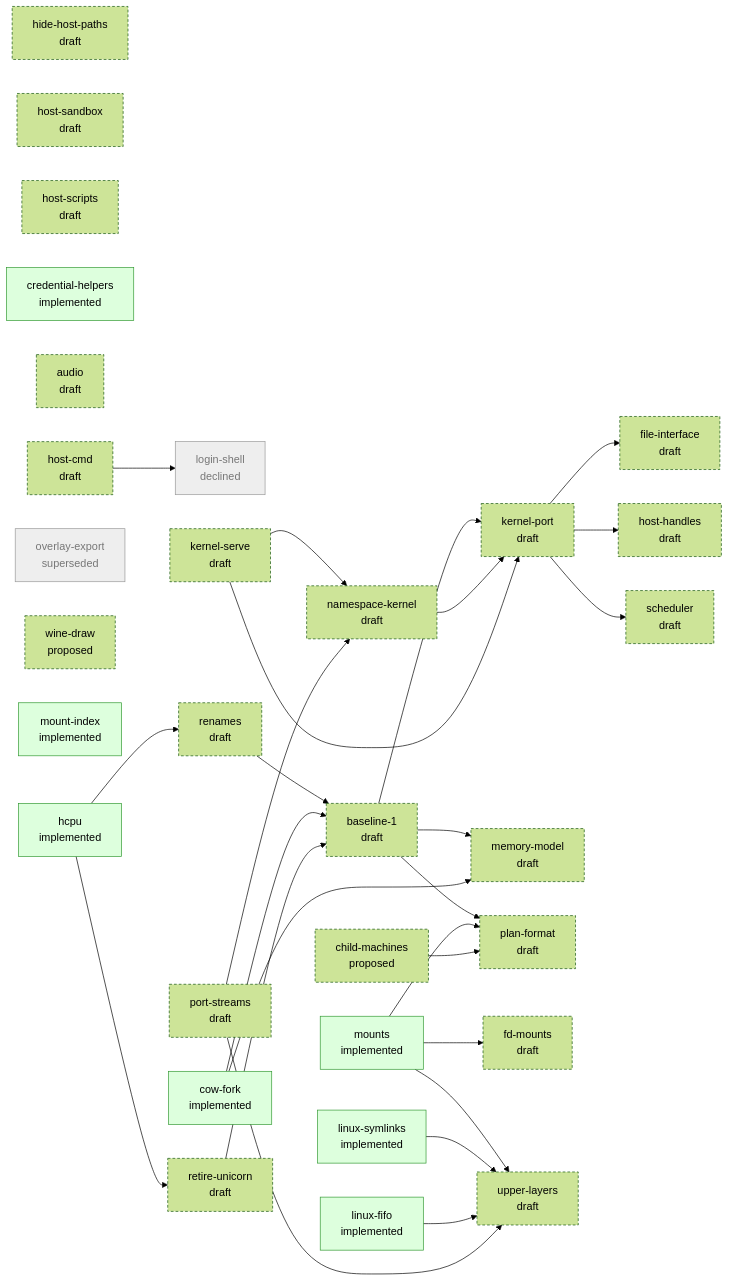
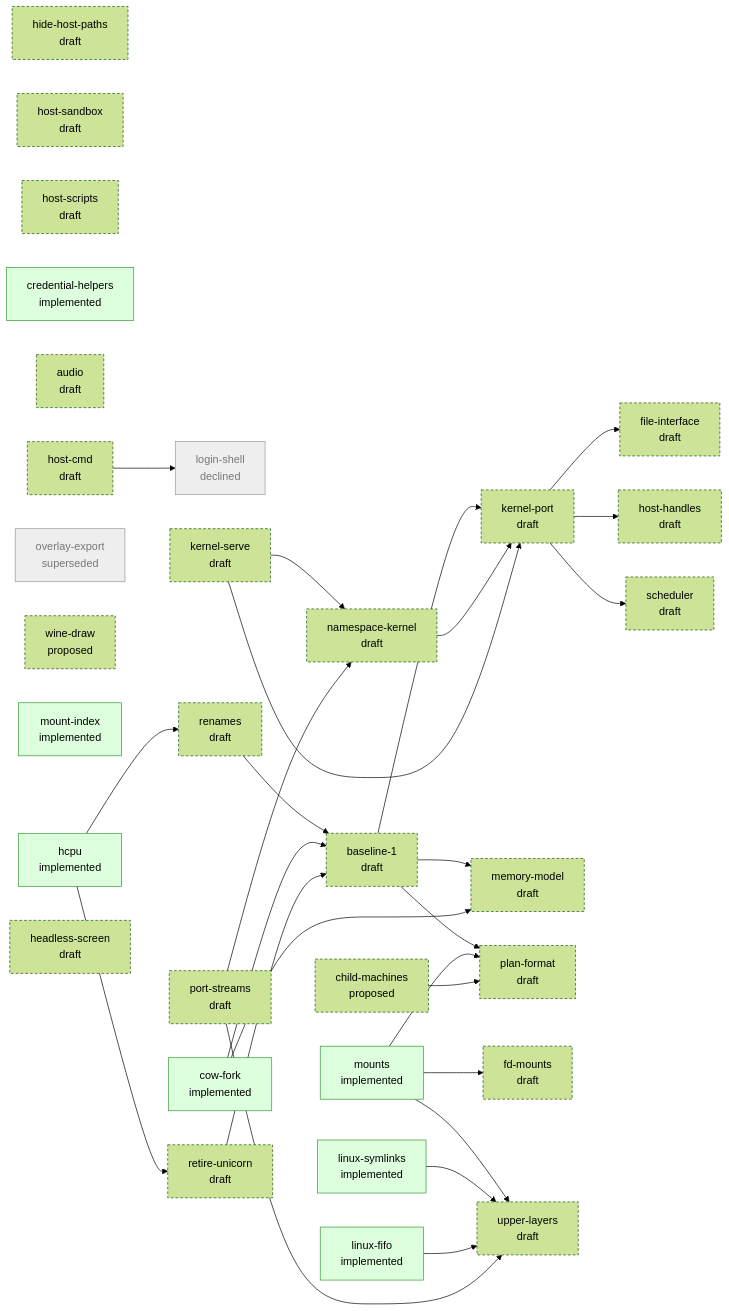
One commit to progrium/hyper9 changed the diagram in design/STATUS.md. Above: the diagram before and after it, drawn with Mermaid (forest theme). The commit also changed other lines of this file, not shown here.

Commit message:
design: regenerate STATUS.md

````diff
--- a/design/STATUS.md
+++ b/design/STATUS.md
@@ -40,61 +41,62 @@
 ```mermaid
 flowchart LR
   classDef draft stroke-dasharray: 4 3
   classDef accepted stroke-width: 2px
   classDef implemented fill:#dfd,stroke:#393
   classDef closed fill:#eee,stroke:#999,color:#777
   p_hide_host_paths["hide-host-paths<br/>draft"]:::draft
   p_host_sandbox["host-sandbox<br/>draft"]:::draft
   p_host_scripts["host-scripts<br/>draft"]:::draft
   p_credential_helpers["credential-helpers<br/>implemented"]:::implemented
   p_audio["audio<br/>draft"]:::draft
   p_host_cmd["host-cmd<br/>draft"]:::draft
   p_overlay_export["overlay-export<br/>superseded"]:::closed
   p_login_shell["login-shell<br/>declined"]:::closed
   p_child_machines["child-machines<br/>proposed"]:::draft
   p_cow_fork["cow-fork<br/>implemented"]:::implemented
   p_wine_draw["wine-draw<br/>proposed"]:::draft
   p_mount_index["mount-index<br/>implemented"]:::implemented
   p_hcpu["hcpu<br/>implemented"]:::implemented
   p_kernel_serve["kernel-serve<br/>draft"]:::draft
   p_namespace_kernel["namespace-kernel<br/>draft"]:::draft
   p_port_streams["port-streams<br/>draft"]:::draft
   p_linux_fifo["linux-fifo<br/>implemented"]:::implemented
   p_mounts["mounts<br/>implemented"]:::implemented
   p_baseline_1["baseline-1<br/>draft"]:::draft
   p_file_interface["file-interface<br/>draft"]:::draft
   p_host_handles["host-handles<br/>draft"]:::draft
   p_kernel_port["kernel-port<br/>draft"]:::draft
   p_linux_symlinks["linux-symlinks<br/>implemented"]:::implemented
   p_memory_model["memory-model<br/>draft"]:::draft
   p_plan_format["plan-format<br/>draft"]:::draft
   p_renames["renames<br/>draft"]:::draft
   p_retire_unicorn["retire-unicorn<br/>draft"]:::draft
   p_scheduler["scheduler<br/>draft"]:::draft
   p_fd_mounts["fd-mounts<br/>draft"]:::draft
   p_upper_layers["upper-layers<br/>draft"]:::draft
+  p_headless_screen["headless-screen<br/>draft"]:::draft
   p_host_cmd --> p_login_shell
   p_kernel_serve --> p_namespace_kernel
   p_port_streams --> p_namespace_kernel
   p_renames --> p_baseline_1
   p_cow_fork --> p_baseline_1
   p_retire_unicorn --> p_baseline_1
   p_kernel_port --> p_file_interface
   p_kernel_port --> p_host_handles
   p_baseline_1 --> p_kernel_port
   p_namespace_kernel --> p_kernel_port
   p_kernel_serve --> p_kernel_port
   p_baseline_1 --> p_memory_model
   p_cow_fork --> p_memory_model
   p_baseline_1 --> p_plan_format
   p_mounts --> p_plan_format
   p_child_machines --> p_plan_format
   p_hcpu --> p_renames
   p_hcpu --> p_retire_unicorn
   p_kernel_port --> p_scheduler
   p_mounts --> p_fd_mounts
   p_mounts --> p_upper_layers
   p_linux_symlinks --> p_upper_layers
   p_linux_fifo --> p_upper_layers
   p_port_streams --> p_upper_layers
 ```
````
